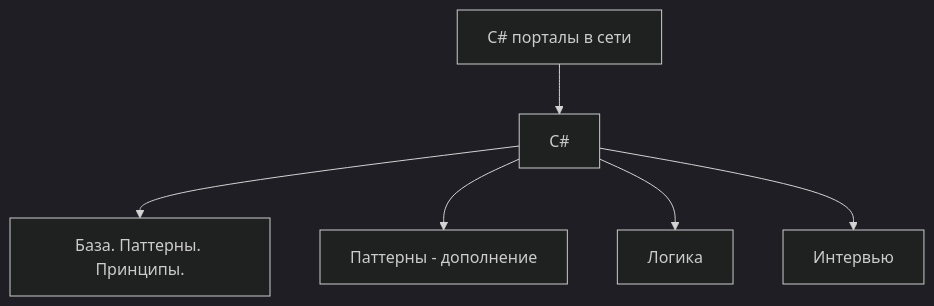
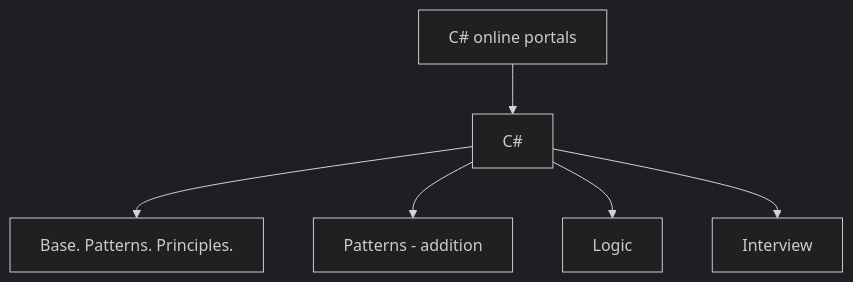
One commit to Dvurechensky/Dvurechensky changed the fifth of 7 diagrams in docs/index.md. Above: the diagram before and after it, drawn with Mermaid (dark theme). The commit also changed other lines of this file and 2 other files, not shown here.

````diff
--- a/docs/index.md
+++ b/docs/index.md
@@ -239,9 +242,9 @@
 ```mermaid
 graph TD
-  C[C# порталы в сети]
+  C[C# online portals]
   C --> N[C#]
-  N --> N1[База. Паттерны. Принципы.]
-  N --> N2[Паттерны - дополнение]
-  N --> N3[Логика]
-  N --> N4[Интервью]
+  N --> N1[Base. Patterns. Principles.]
+  N --> N2[Patterns - addition]
+  N --> N3[Logic]
+  N --> N4[Interview]
 ```
````
